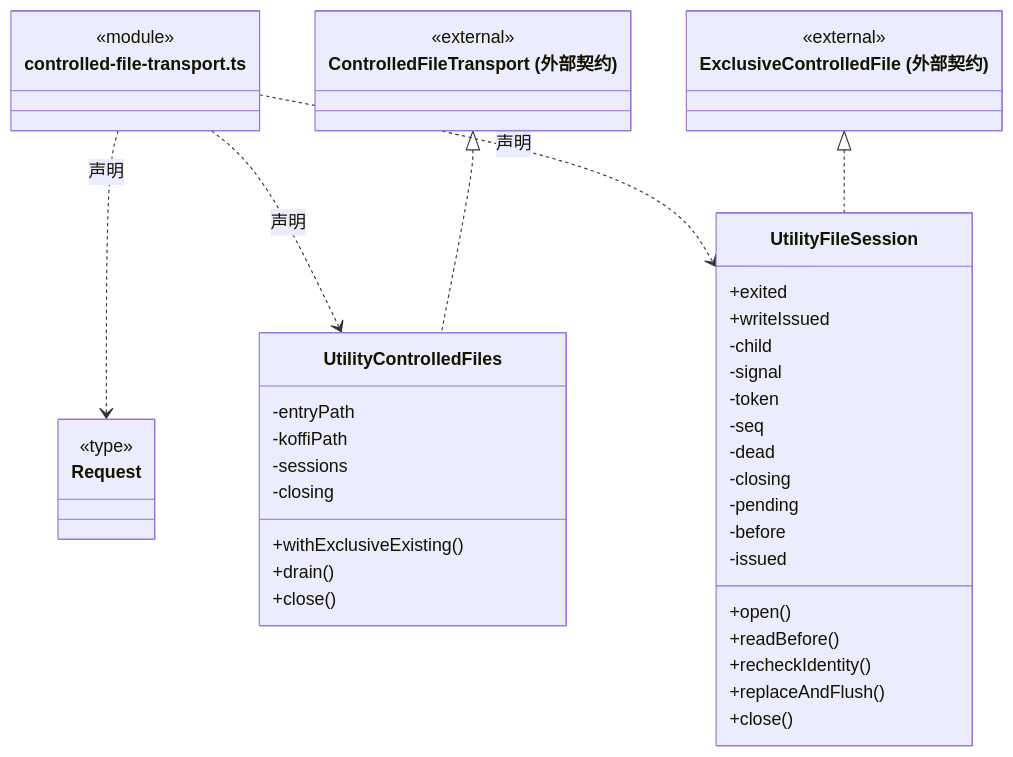
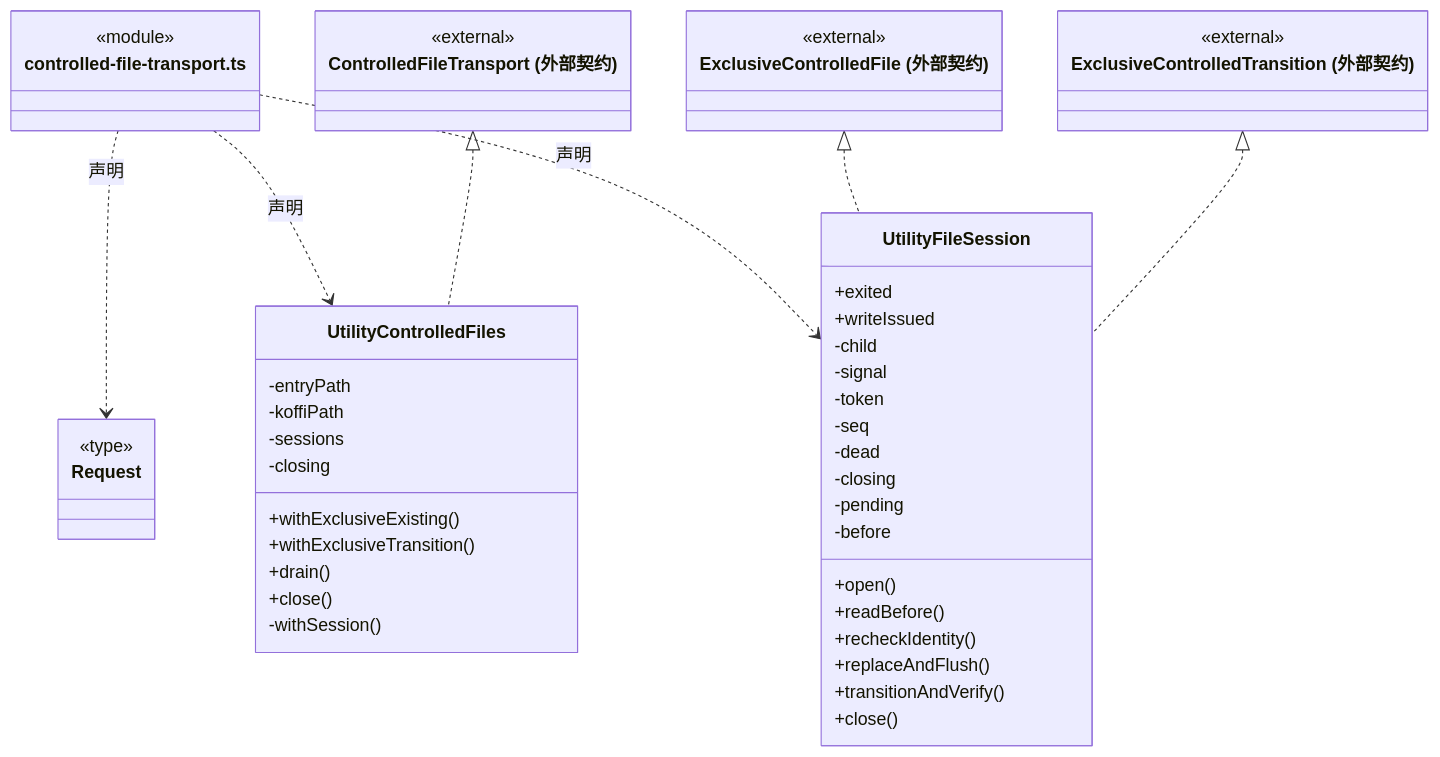
One commit to nan023062/cbim changed the eighth of 20 diagrams in src/backend/main/platform/ARCHITECTURE.md. Above: the diagram before and after it, drawn with Mermaid. The commit also changed other lines of this file and 62 other files, not shown here.

````diff
--- a/src/backend/main/platform/ARCHITECTURE.md
+++ b/src/backend/main/platform/ARCHITECTURE.md
@@ -154,48 +168,54 @@
 ```mermaid
 classDiagram
 class N_src_backend_main_platform_controlled_file_transport_ts["controlled-file-transport.ts"] {
   <<module>>
 }
 class N_src_backend_main_platform_controlled_file_transport_ts_Request["Request"] {
   <<type>>
 
 }
 N_src_backend_main_platform_controlled_file_transport_ts ..> N_src_backend_main_platform_controlled_file_transport_ts_Request : 声明
 class N_src_backend_main_platform_controlled_file_transport_ts_UtilityControlledFiles["UtilityControlledFiles"] {
   +withExclusiveExisting()
+  +withExclusiveTransition()
   +drain()
   +close()
   -entryPath
   -koffiPath
   -sessions
   -closing
+  -withSession()
 }
 N_src_backend_main_platform_controlled_file_transport_ts ..> N_src_backend_main_platform_controlled_file_transport_ts_UtilityControlledFiles : 声明
 class N_src_backend_main_platform_controlled_file_transport_ts_external_ControlledFileTransport["ControlledFileTransport (外部契约)"] {
   <<external>>
 }
 N_src_backend_main_platform_controlled_file_transport_ts_external_ControlledFileTransport <|.. N_src_backend_main_platform_controlled_file_transport_ts_UtilityControlledFiles
 class N_src_backend_main_platform_controlled_file_transport_ts_UtilityFileSession["UtilityFileSession"] {
   +exited
   +writeIssued
   +open()
   +readBefore()
   +recheckIdentity()
   +replaceAndFlush()
+  +transitionAndVerify()
   +close()
   -child
   -signal
   -token
   -seq
   -dead
   -closing
   -pending
   -before
-  -issued
 }
 N_src_backend_main_platform_controlled_file_transport_ts ..> N_src_backend_main_platform_controlled_file_transport_ts_UtilityFileSession : 声明
 class N_src_backend_main_platform_controlled_file_transport_ts_external_ExclusiveControlledFile["ExclusiveControlledFile (外部契约)"] {
   <<external>>
 }
 N_src_backend_main_platform_controlled_file_transport_ts_external_ExclusiveControlledFile <|.. N_src_backend_main_platform_controlled_file_transport_ts_UtilityFileSession
+class N_src_backend_main_platform_controlled_file_transport_ts_external_ExclusiveControlledTransition["ExclusiveControlledTransition (外部契约)"] {
+  <<external>>
+}
+N_src_backend_main_platform_controlled_file_transport_ts_external_ExclusiveControlledTransition <|.. N_src_backend_main_platform_controlled_file_transport_ts_UtilityFileSession
 ```
````
